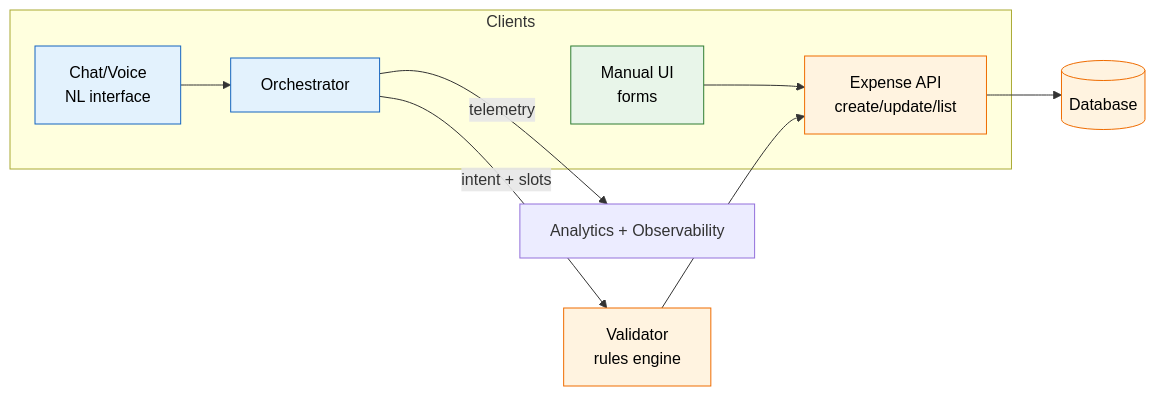
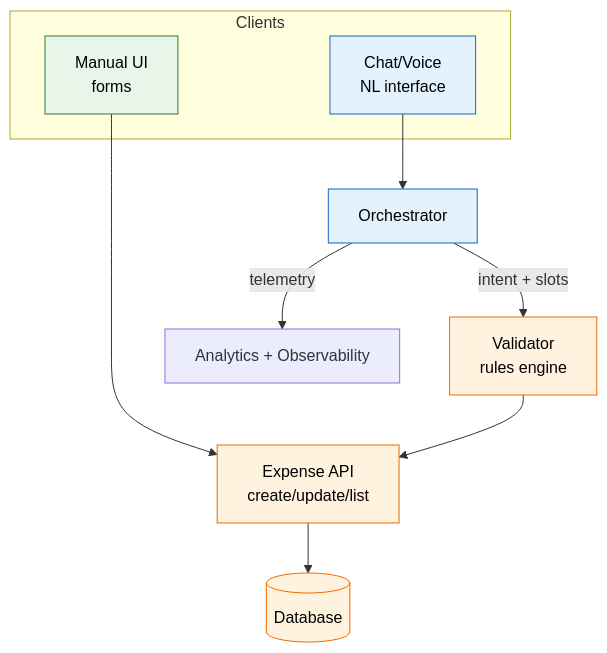
One commit to javiator/javiator.github.io changed the diagram in _posts/2025-11-22-roadmap-to-introduce-ai-in-your-applications.md. Above: the diagram before and after it, drawn with Mermaid. The commit also changed other lines of this file and 1 other file, not shown here.

````diff
--- a/_posts/2025-11-22-roadmap-to-introduce-ai-in-your-applications.md
+++ b/_posts/2025-11-22-roadmap-to-introduce-ai-in-your-applications.md
@@ -177,19 +195,22 @@
 ```mermaid
-flowchart LR
+flowchart TB
     subgraph "Clients"
-        U[Manual UI<br/>forms] --> F[Expense API]
-        C[Chat/Voice<br/>NL interface] --> O[Orchestrator]
+        U[Manual UI<br/>forms]
+        C[Chat/Voice<br/>NL interface]
     end
+    
+    U --> F[Expense API]
+    C --> O[Orchestrator]
     O -->|intent + slots| V[Validator<br/>rules engine]
     V --> F[Expense API<br/>create/update/list]
     F --> D[(Database)]
     O -->|telemetry| A[Analytics + Observability]
 
     classDef ui fill:#e8f5e9,stroke:#2e7d32,color:#000
     classDef ai fill:#e3f2fd,stroke:#1565c0,color:#000
     classDef svc fill:#fff3e0,stroke:#ef6c00,color:#000
     class U ui
     class C,O ai
     class F,V svc
     class D svc
 ```
````
